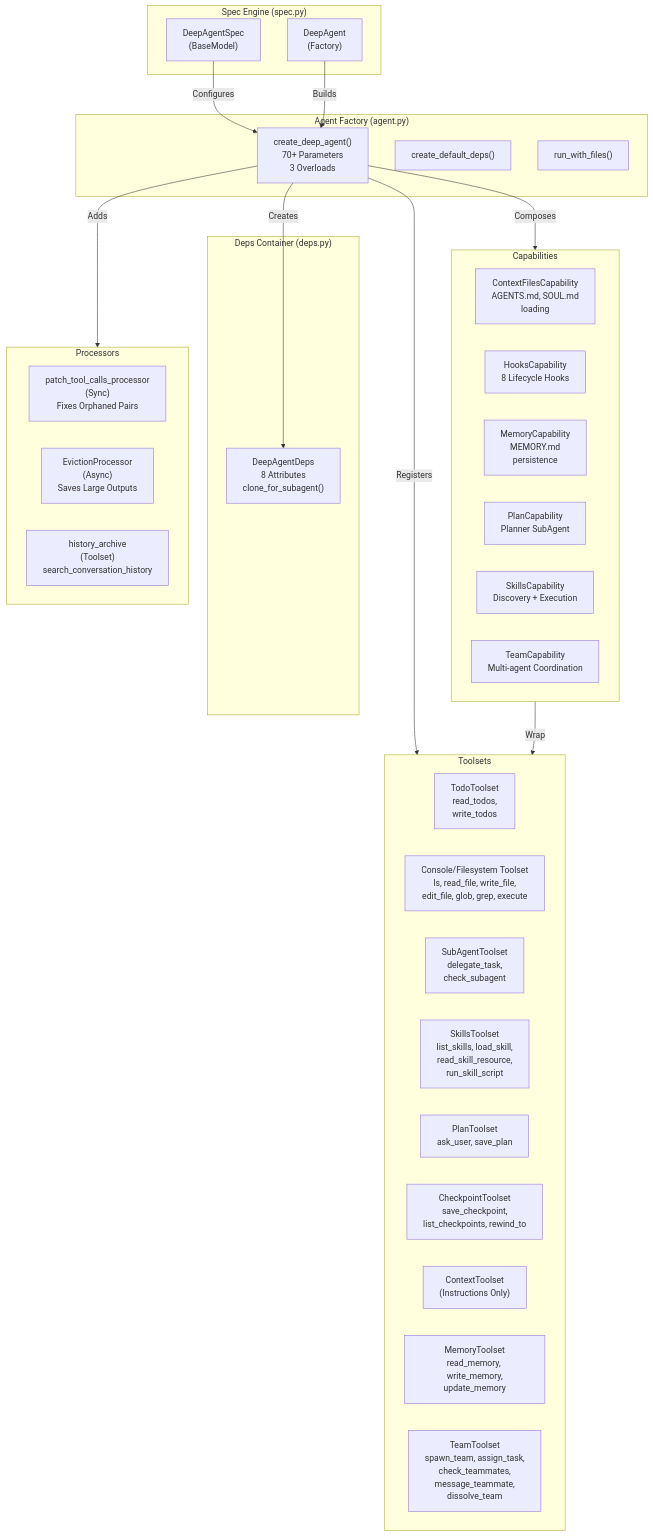
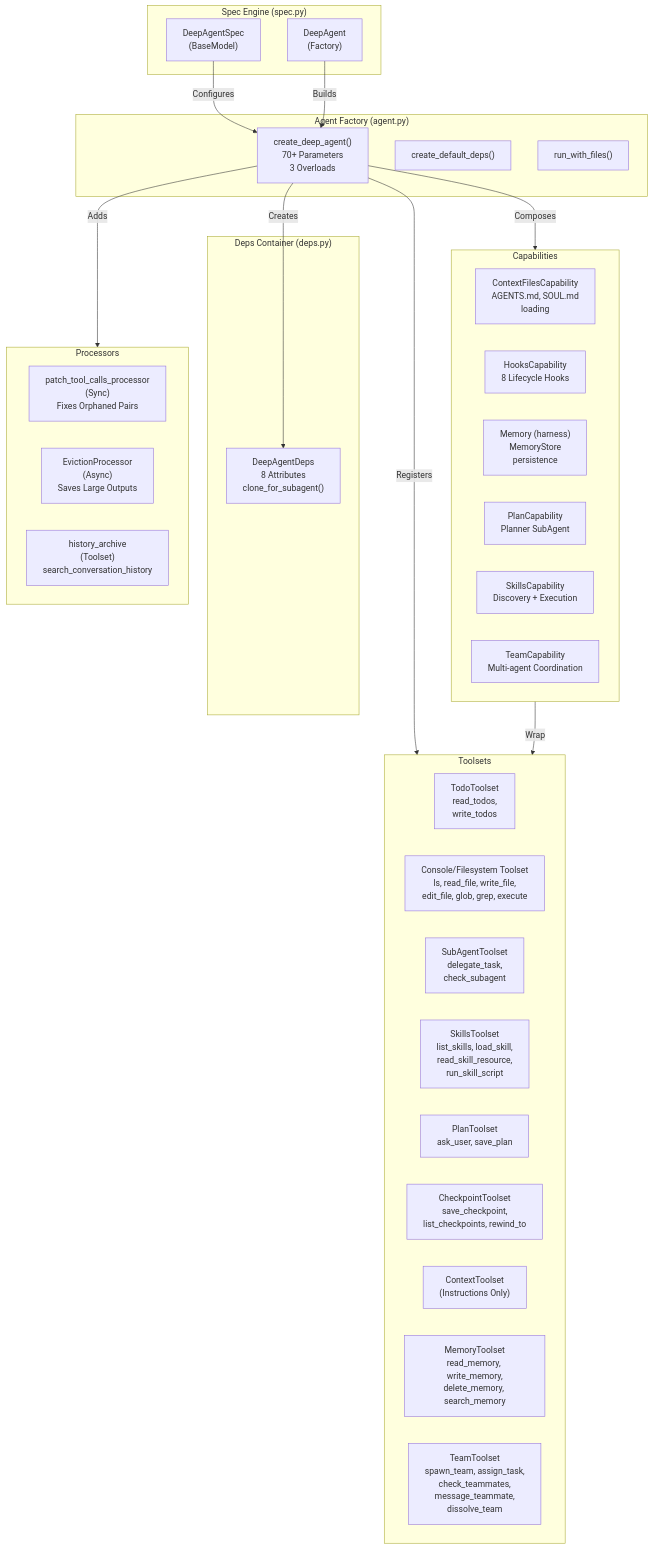
One commit to vstorm-co/pydantic-deepagents changed the third of 13 diagrams in docs/c4/2-architecture-overview.md. Above: the diagram before and after it, drawn with Mermaid. The commit also changed other lines of this file and 36 other files, not shown here.

Commit message:
refactor: back persistent memory with pydantic-ai-harness

````diff
--- a/docs/c4/2-architecture-overview.md
+++ b/docs/c4/2-architecture-overview.md
@@ -206,54 +206,54 @@
 ```mermaid
 flowchart TD
     subgraph AgentFactory["Agent Factory (agent.py)"]
         AF["create_deep_agent()<br/>70+ Parameters<br/>3 Overloads"]
         CD["create_default_deps()"]
         RF["run_with_files()"]
     end
 
     subgraph DepsContainer["Deps Container (deps.py)"]
         DEPS["DeepAgentDeps<br/>8 Attributes<br/>clone_for_subagent()"]
     end
 
     subgraph SpecEngine["Spec Engine (spec.py)"]
         SPEC["DeepAgentSpec<br/>(BaseModel)"]
         DAG["DeepAgent<br/>(Factory)"]
     end
 
     subgraph ToolsetCollections["Toolsets"]
         TT["TodoToolset<br/>read_todos,<br/>write_todos"]
         CFT["Console/Filesystem Toolset<br/>ls, read_file, write_file,<br/>edit_file, glob, grep, execute"]
         SAT["SubAgentToolset<br/>delegate_task,<br/>check_subagent"]
         SKT["SkillsToolset<br/>list_skills, load_skill,<br/>read_skill_resource,<br/>run_skill_script"]
         PT["PlanToolset<br/>ask_user, save_plan"]
         CHT["CheckpointToolset<br/>save_checkpoint,<br/>list_checkpoints, rewind_to"]
         CT["ContextToolset<br/>(Instructions Only)"]
-        MT["MemoryToolset<br/>read_memory, write_memory,<br/>update_memory"]
+        MT["MemoryToolset<br/>read_memory, write_memory,<br/>delete_memory, search_memory"]
         TMT["TeamToolset<br/>spawn_team, assign_task,<br/>check_teammates,<br/>message_teammate,<br/>dissolve_team"]
     end
 
     subgraph CapabilityAdapters["Capabilities"]
         CFC["ContextFilesCapability<br/>AGENTS.md, SOUL.md<br/>loading"]
         HC["HooksCapability<br/>8 Lifecycle Hooks"]
-        MC["MemoryCapability<br/>MEMORY.md<br/>persistence"]
+        MC["Memory (harness)<br/>MemoryStore<br/>persistence"]
         PC["PlanCapability<br/>Planner SubAgent"]
         SC["SkillsCapability<br/>Discovery + Execution"]
         TC["TeamCapability<br/>Multi-agent Coordination"]
     end
 
     subgraph ProcessorPipeline["Processors"]
         PTC["patch_tool_calls_processor<br/>(Sync)<br/>Fixes Orphaned Pairs"]
         EP["EvictionProcessor<br/>(Async)<br/>Saves Large Outputs"]
         HA["history_archive<br/>(Toolset)<br/>search_conversation_history"]
     end
 
     AF -->|"Creates"| DEPS
     AF -->|"Registers"| ToolsetCollections
     AF -->|"Composes"| CapabilityAdapters
     AF -->|"Adds"| ProcessorPipeline
 
     SPEC -->|"Configures"| AF
     DAG -->|"Builds"| AF
 
     CapabilityAdapters -->|"Wrap"| ToolsetCollections
 ```
````
